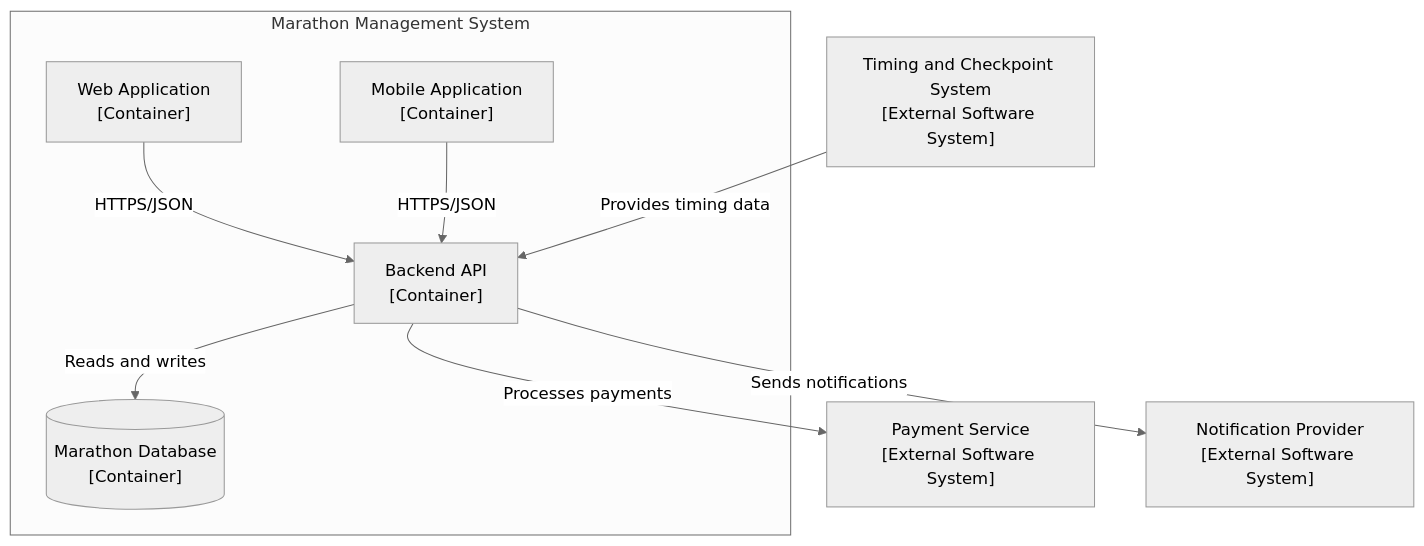
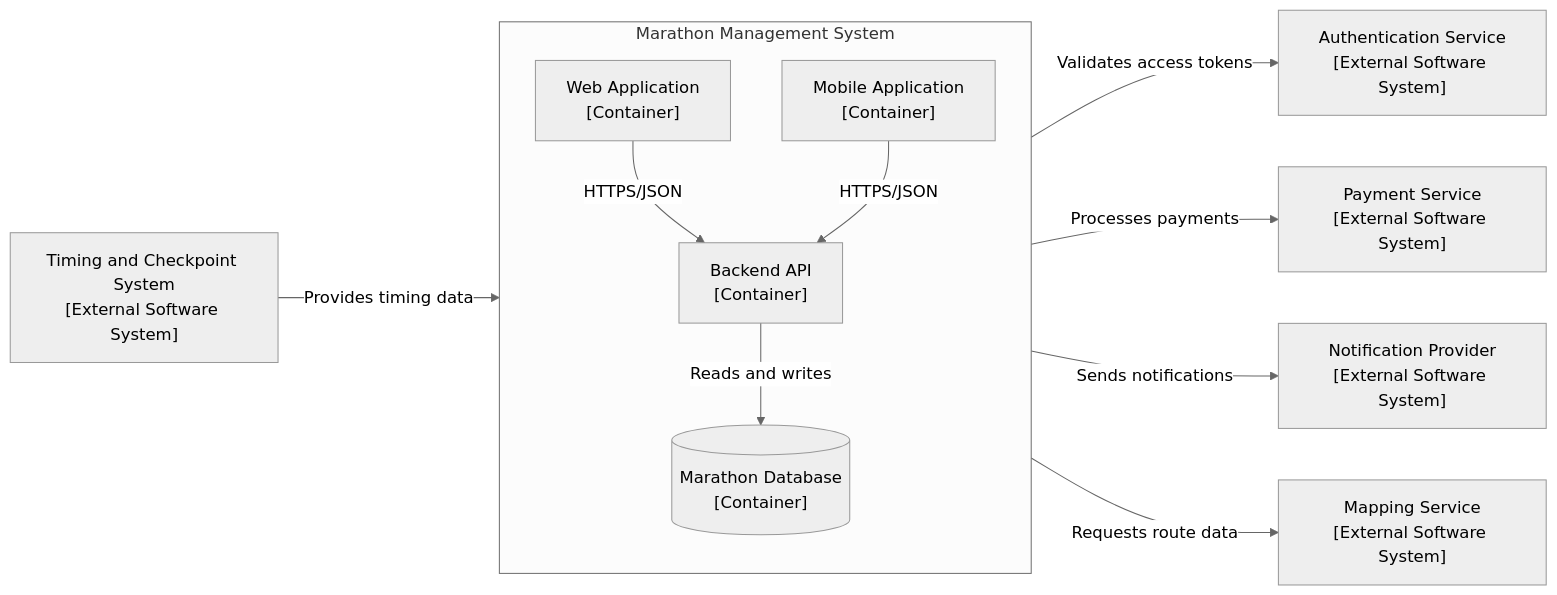
The diagram in sample-mermaid.md (Georges034302/Templates), drawn with Mermaid (neutral theme) before and after one commit. The commit also changed other lines of this file, not shown here.

First line of the commit message:
Enhance sample-mermaid.md with C4 analysis and cloud model

````diff
--- a/sample-mermaid.md
+++ b/sample-mermaid.md
@@ -3,22 +78,28 @@
 ```mermaid
-flowchart TB
+flowchart LR
     subgraph MMS["Marathon Management System"]
+        direction TB
+
         WEB["Web Application<br/>[Container]"]
         MOBILE["Mobile Application<br/>[Container]"]
         API["Backend API<br/>[Container]"]
         DB[("Marathon Database<br/>[Container]")]
-        
+
         WEB -->|"HTTPS/JSON"| API
         MOBILE -->|"HTTPS/JSON"| API
         API -->|"Reads and writes"| DB
     end
 
+    AUTH["Authentication Service<br/>[External Software System]"]
     PAYMENT["Payment Service<br/>[External Software System]"]
     TIMING["Timing and Checkpoint System<br/>[External Software System]"]
     NOTIFY["Notification Provider<br/>[External Software System]"]
+    MAPPING["Mapping Service<br/>[External Software System]"]
 
+    API -->|"Validates access tokens"| AUTH
     API -->|"Processes payments"| PAYMENT
     TIMING -->|"Provides timing data"| API
     API -->|"Sends notifications"| NOTIFY
+    API -->|"Requests route data"| MAPPING
 
 ```
````
